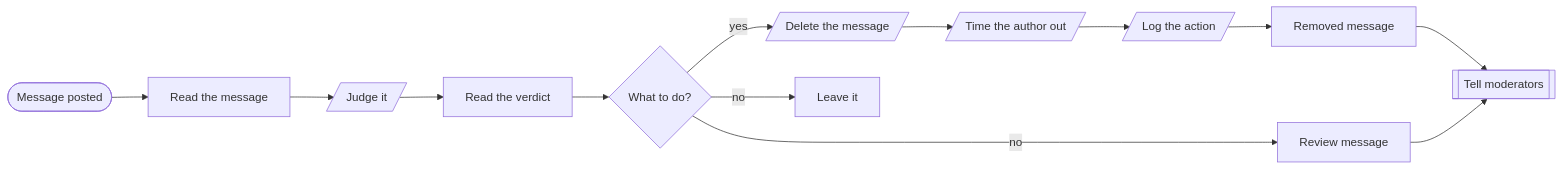
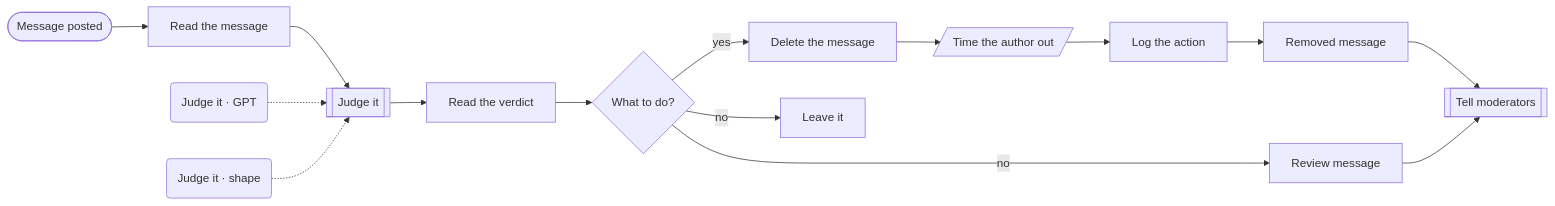
One commit to kimjoshuadr/n8n-workflows changed the second of 3 diagrams in systems/community-ops/README.md. Above: the diagram before and after it, drawn with Mermaid. The commit also changed other lines of this file and 184 other files, not shown here.

Commit message:
Finish the move to named platforms: blocks, BambooHR, generated README, schema and platform marks

````diff
--- a/systems/community-ops/README.md
+++ b/systems/community-ops/README.md
@@ -78,27 +74,31 @@
 ```mermaid
 flowchart LR
   ntse8nz(["Message posted"])
   n2grn5h["Read the message"]
-  n1vc1kvv[/"Judge it"/]
+  n1vc1kvv[["Judge it"]]
+  nsyc3zx("Judge it · GPT")
+  n1g6vvmb("Judge it · shape")
   n1riexmv["Read the verdict"]
   n1ekp1l0{"What to do?"}
-  n6sabii[/"Delete the message"/]
+  n6sabii["Delete the message"]
   n137b0xg[/"Time the author out"/]
-  n1mplts8[/"Log the action"/]
+  n1mplts8["Log the action"]
   n61hr9c["Removed message"]
   n20moti["Review message"]
   n1iyws7q[["Tell moderators"]]
   nv0a53v["Leave it"]
   ntse8nz --> n2grn5h
   n2grn5h --> n1vc1kvv
   n1vc1kvv --> n1riexmv
   n1riexmv --> n1ekp1l0
   n1ekp1l0 -->|yes| n6sabii
   n6sabii --> n137b0xg
   n137b0xg --> n1mplts8
   n1mplts8 --> n61hr9c
   n61hr9c --> n1iyws7q
   n1ekp1l0 -->|no| n20moti
   n20moti --> n1iyws7q
   n1ekp1l0 -->|no| nv0a53v
+  nsyc3zx -.-> n1vc1kvv
+  n1g6vvmb -.-> n1vc1kvv
 ```
````
